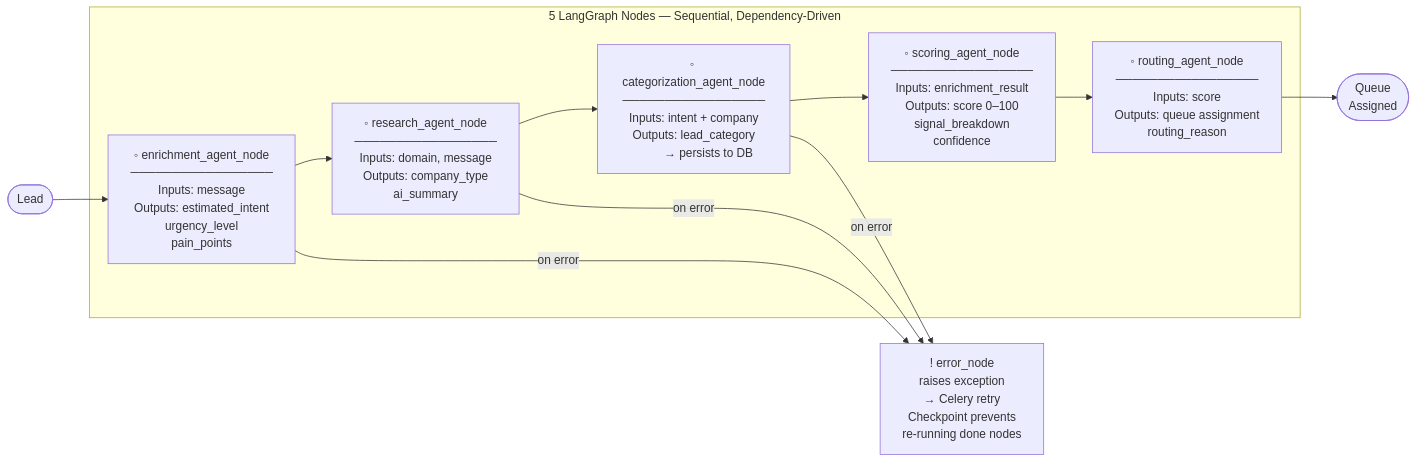
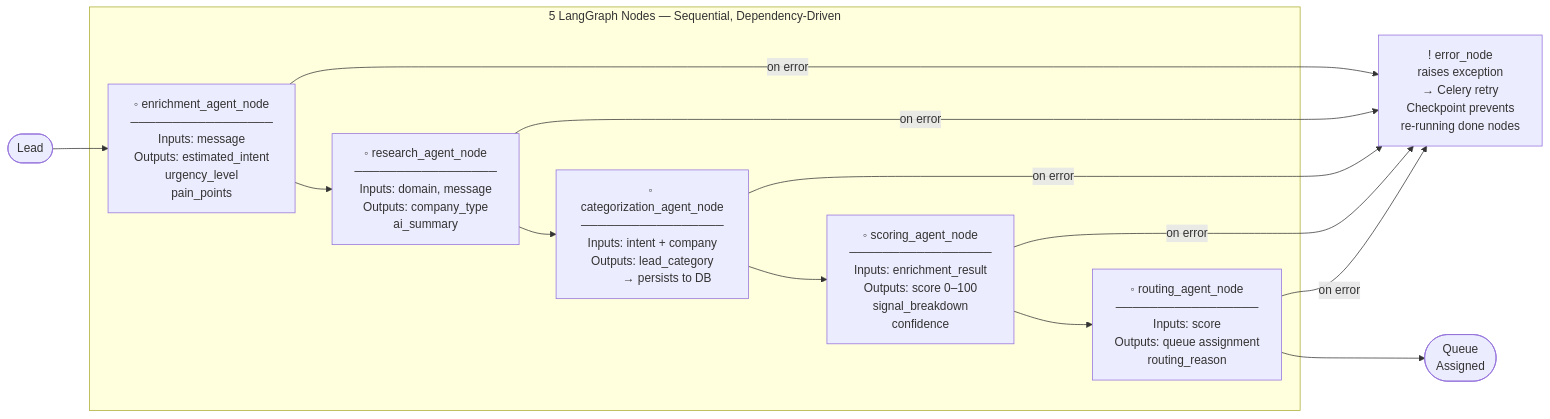
The first of 2 diagrams in README.md (Punya23/AI_Lead), drawn with Mermaid before and after one commit.

Commit message:
docs: add scoring and routing nodes to mermaid error flow

````diff
--- a/README.md
+++ b/README.md
@@ -39,16 +39,16 @@
 ```mermaid
 flowchart LR
     IN([Lead]) --> A
 
     subgraph AGENTS ["5 LangGraph Nodes — Sequential, Dependency-Driven"]
         A["◦ enrichment_agent_node\n─────────────────\nInputs: message\nOutputs: estimated_intent\n         urgency_level\n         pain_points"]
         --> B["◦ research_agent_node\n─────────────────\nInputs: domain, message\nOutputs: company_type\n         ai_summary"]
         --> C["◦ categorization_agent_node\n─────────────────\nInputs: intent + company\nOutputs: lead_category\n         → persists to DB"]
         --> D["◦ scoring_agent_node\n─────────────────\nInputs: enrichment_result\nOutputs: score 0–100\n         signal_breakdown\n         confidence"]
         --> E["◦ routing_agent_node\n─────────────────\nInputs: score\nOutputs: queue assignment\n         routing_reason"]
     end
 
-    A & B & C -->|"on error"| ERR["! error_node\nraises exception\n→ Celery retry\nCheckpoint prevents\nre-running done nodes"]
+    A & B & C & D & E -->|"on error"| ERR["! error_node\nraises exception\n→ Celery retry\nCheckpoint prevents\nre-running done nodes"]
 
     E --> OUT(["Queue\nAssigned"])
 ```
````
